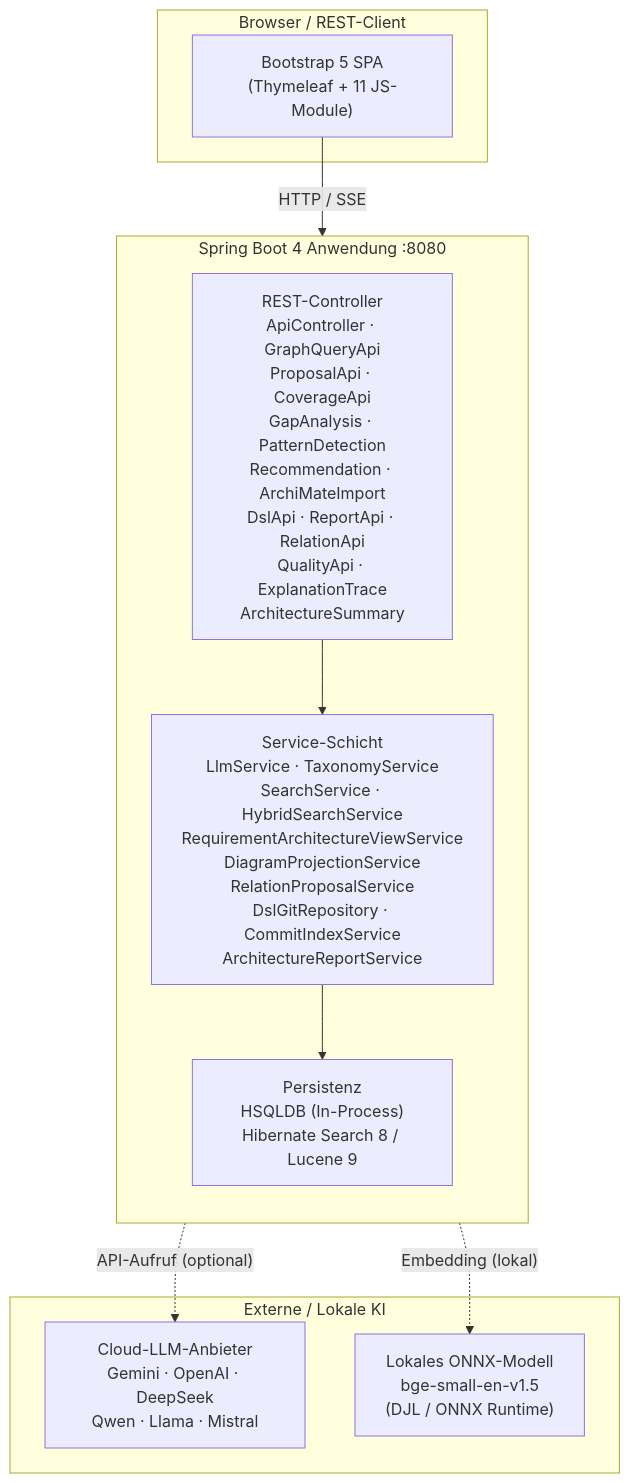
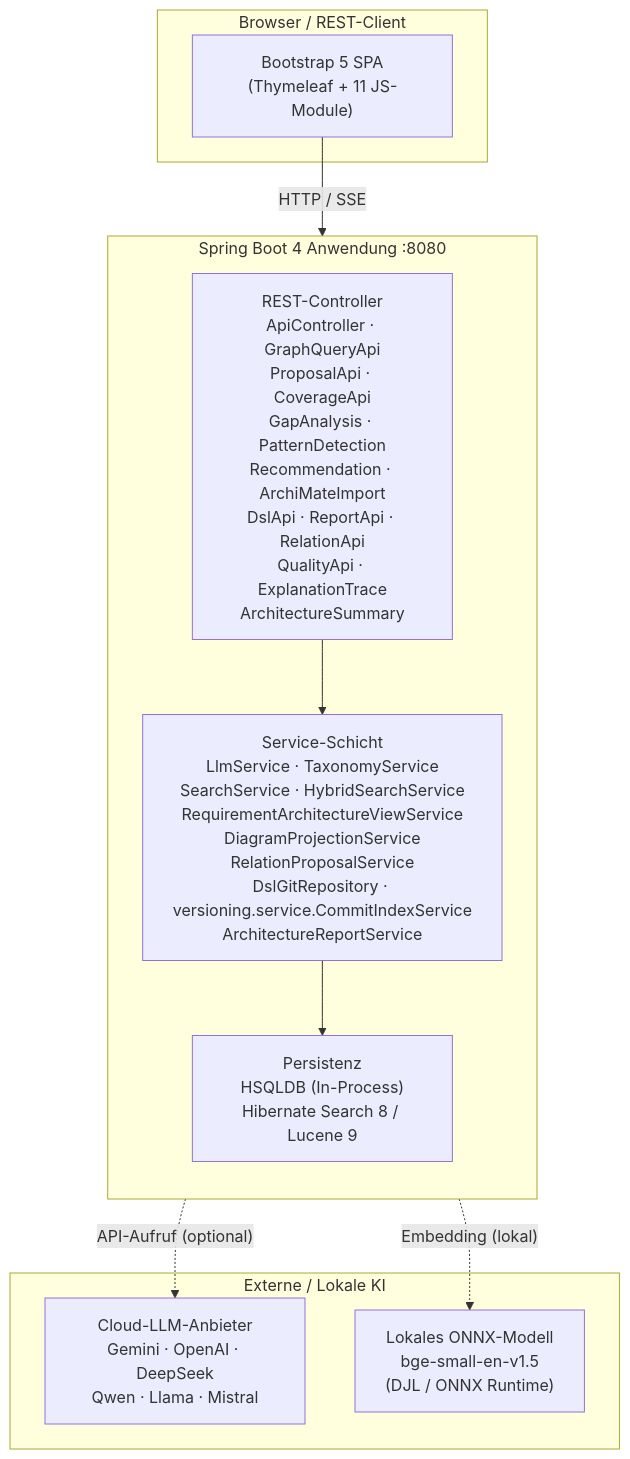
Before and after one commit to carstenartur/Taxonomy: the first of 5 diagrams in docs/de/ARCHITECTURE.md, drawn with Mermaid. The commit also changed other lines of this file and 4 other files, not shown here.

Commit message:
Clarify commit-history projection ownership in both developer guides

````diff
--- a/docs/de/ARCHITECTURE.md
+++ b/docs/de/ARCHITECTURE.md
@@ -59,24 +59,24 @@
 ```mermaid
 graph TB
     subgraph Client["Browser / REST-Client"]
         UI["Bootstrap 5 SPA<br/>(Thymeleaf + 11 JS-Module)"]
     end
 
     subgraph App["Spring Boot 4 Anwendung :8080"]
         direction TB
         Controllers["REST-Controller<br/>ApiController · GraphQueryApi<br/>ProposalApi · CoverageApi<br/>GapAnalysis · PatternDetection<br/>Recommendation · ArchiMateImport<br/>DslApi · ReportApi · RelationApi<br/>QualityApi · ExplanationTrace<br/>ArchitectureSummary"]
-        Services["Service-Schicht<br/>LlmService · TaxonomyService<br/>SearchService · HybridSearchService<br/>RequirementArchitectureViewService<br/>DiagramProjectionService<br/>RelationProposalService<br/>DslGitRepository · CommitIndexService<br/>ArchitectureReportService"]
+        Services["Service-Schicht<br/>LlmService · TaxonomyService<br/>SearchService · HybridSearchService<br/>RequirementArchitectureViewService<br/>DiagramProjectionService<br/>RelationProposalService<br/>DslGitRepository · versioning.service.CommitIndexService<br/>ArchitectureReportService"]
         Persistence["Persistenz<br/>HSQLDB (In-Process)<br/>Hibernate Search 8 / Lucene 9"]
     end
 
     subgraph External["Externe / Lokale KI"]
         LLM["Cloud-LLM-Anbieter<br/>Gemini · OpenAI · DeepSeek<br/>Qwen · Llama · Mistral"]
         ONNX["Lokales ONNX-Modell<br/>bge-small-en-v1.5<br/>(DJL / ONNX Runtime)"]
     end
 
     UI -->|"HTTP / SSE"| Controllers
     Controllers --> Services
     Services --> Persistence
     Services -.->|"API-Aufruf (optional)"| LLM
     Services -.->|"Embedding (lokal)"| ONNX
 ```
````
